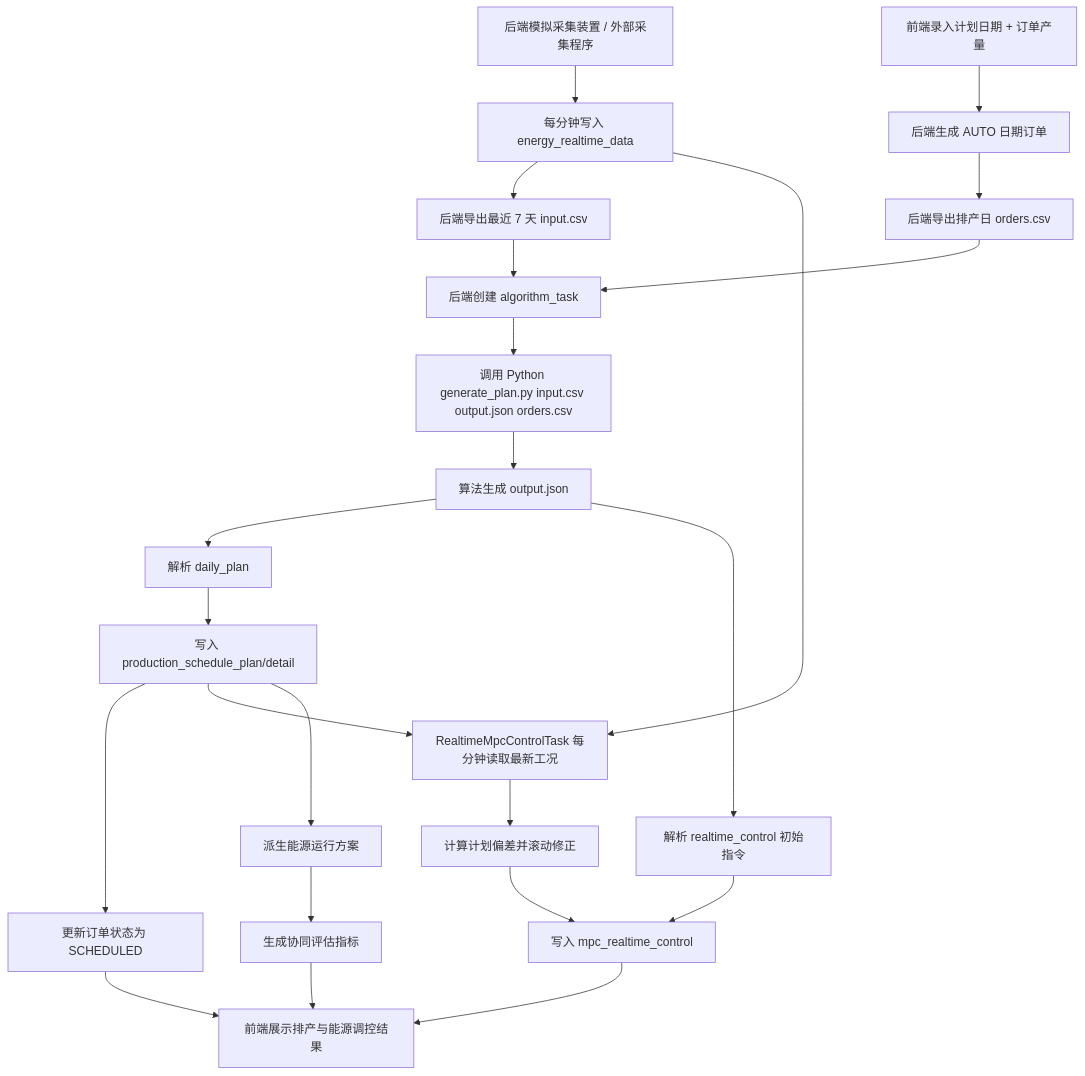
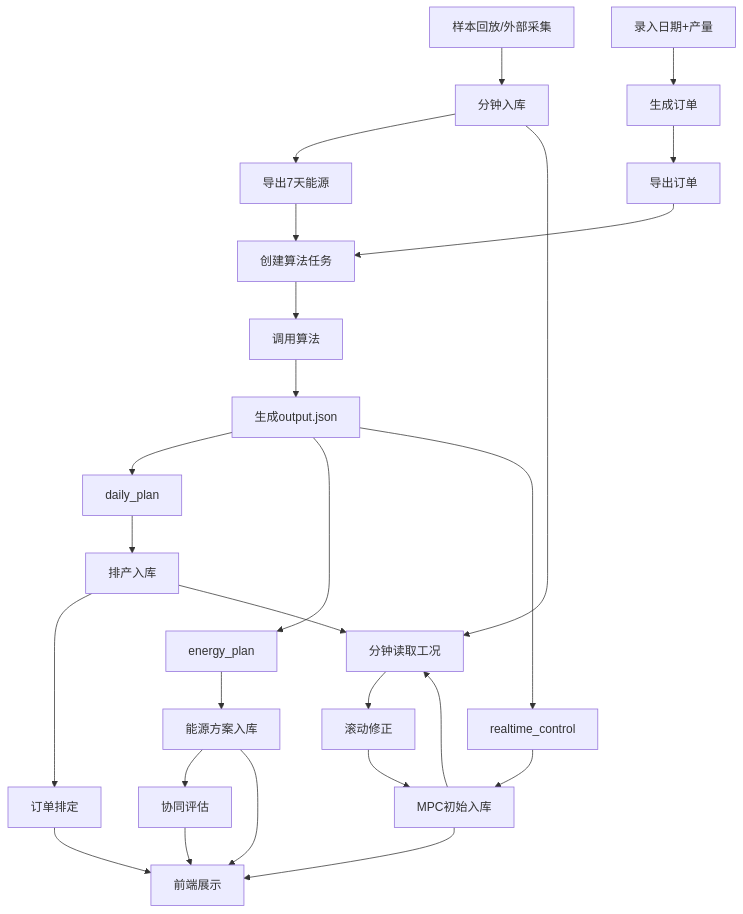
One commit to jqswhzydxs/AI-challenge changed the first of 2 diagrams in docs/当前有效文档/软件设计报告.md. Above: the diagram before and after it, drawn with Mermaid. The commit also changed 15 other files, not shown here.

````diff
--- a/docs/当前有效文档/软件设计报告.md
+++ b/docs/当前有效文档/软件设计报告.md
@@ -41,25 +41,35 @@
 ```mermaid
 flowchart TD
-    A["后端模拟采集装置 / 外部采集程序"] --> B["每分钟写入 energy_realtime_data"]
-    C["前端录入计划日期 + 订单产量"] --> D["后端生成 AUTO 日期订单"]
-    B --> E["后端导出最近 7 天 input.csv"]
-    D --> F["后端导出排产日 orders.csv"]
-    E --> G["后端创建 algorithm_task"]
+    A["样本回放/外部采集"] --> B["分钟入库"]
+    C["录入日期+产量"] --> D["生成订单"]
+
+    B --> E["导出7天能源"]
+    D --> F["导出订单"]
+    E --> G["创建算法任务"]
     F --> G
-    G --> H["调用 Python generate_plan.py input.csv output.json orders.csv"]
-    H --> I["算法生成 output.json"]
-    I --> J1["解析 daily_plan"]
-    J1 --> K["写入 production_schedule_plan/detail"]
-    K --> L["更新订单状态为 SCHEDULED"]
-    I --> J2["解析 realtime_control 初始指令"]
-    J2 --> M["写入 mpc_realtime_control"]
-    B --> Q["RealtimeMpcControlTask 每分钟读取最新工况"]
+
+    G --> H["调用算法"]
+    H --> I["生成output.json"]
+
+    I --> J1["daily_plan"]
+    J1 --> K["排产入库"]
+    K --> L["订单排定"]
+
+    I --> J2["energy_plan"]
+    J2 --> N["能源方案入库"]
+    N --> O["协同评估"]
+
+    I --> J3["realtime_control"]
+    J3 --> M["MPC初始入库"]
+
+    B --> Q["分钟读取工况"]
     K --> Q
-    Q --> R["计算计划偏差并滚动修正"]
+    M --> Q
+    Q --> R["滚动修正"]
     R --> M
-    K --> N["派生能源运行方案"]
-    N --> O["生成协同评估指标"]
-    L --> P["前端展示排产与能源调控结果"]
+
+    L --> P["前端展示"]
+    N --> P
     M --> P
     O --> P
 ```
````
